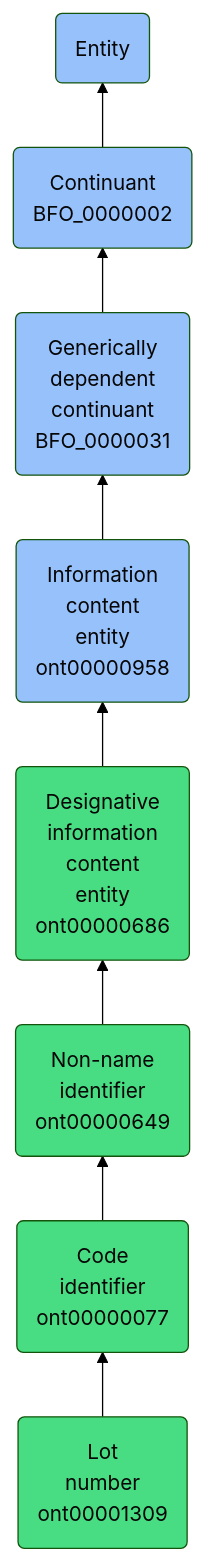
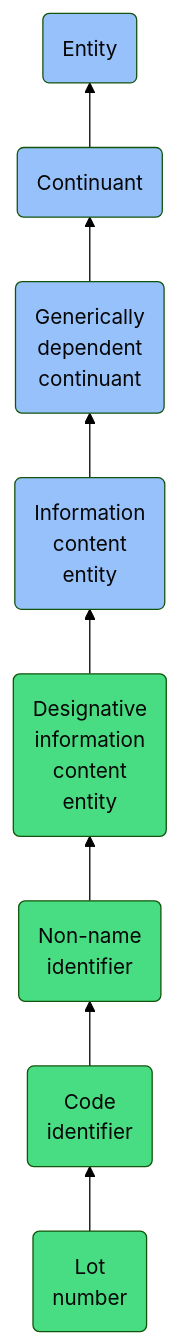
One commit to jupyter-naas/abi changed the diagram in docs/ontology/reference/model/Entity/Continuant/Generically dependent continuant/Information content entity/Designative information content entity/Non-name identifier/Code identifier/Lot number/Lot number.md. Above: the diagram before and after it, drawn with Mermaid (forest theme). The commit also changed other lines of this file and 1430 other files, not shown here.

````diff
--- a/docs/ontology/reference/model/Entity/Continuant/Generically dependent continuant/Information content entity/Designative information content entity/Non-name identifier/Code identifier/Lot number/Lot number.md
+++ b/docs/ontology/reference/model/Entity/Continuant/Generically dependent continuant/Information content entity/Designative information content entity/Non-name identifier/Code identifier/Lot number/Lot number.md
@@ -24,15 +24,15 @@
 ```mermaid
 graph BT
-    ont00001309(Lot<br>number<br>ont00001309):::ABI-->ont00000077
-    ont00000077(Code<br>identifier<br>ont00000077):::ABI-->ont00000649
-    ont00000649(Non-name<br>identifier<br>ont00000649):::ABI-->ont00000686
-    ont00000686(Designative<br>information<br>content<br>entity<br>ont00000686):::ABI-->ont00000958
-    ont00000958(Information<br>content<br>entity<br>ont00000958):::BFO-->BFO_0000031
-    BFO_0000031(Generically<br>dependent<br>continuant<br>BFO_0000031):::BFO-->BFO_0000002
-    BFO_0000002(Continuant<br>BFO_0000002):::BFO-->BFO_0000001
+    ont00001309(Lot<br>number):::ABI-->ont00000077
+    ont00000077(Code<br>identifier):::ABI-->ont00000649
+    ont00000649(Non-name<br>identifier):::ABI-->ont00000686
+    ont00000686(Designative<br>information<br>content<br>entity):::ABI-->ont00000958
+    ont00000958(Information<br>content<br>entity):::BFO-->BFO_0000031
+    BFO_0000031(Generically<br>dependent<br>continuant):::BFO-->BFO_0000002
+    BFO_0000002(Continuant):::BFO-->BFO_0000001
     BFO_0000001(Entity):::BFO
     
     classDef BFO fill:#97c1fb,color:#060606
     classDef CCO fill:#e4c51e,color:#060606
     classDef ABI fill:#48DD82,color:#060606
 ```
````
